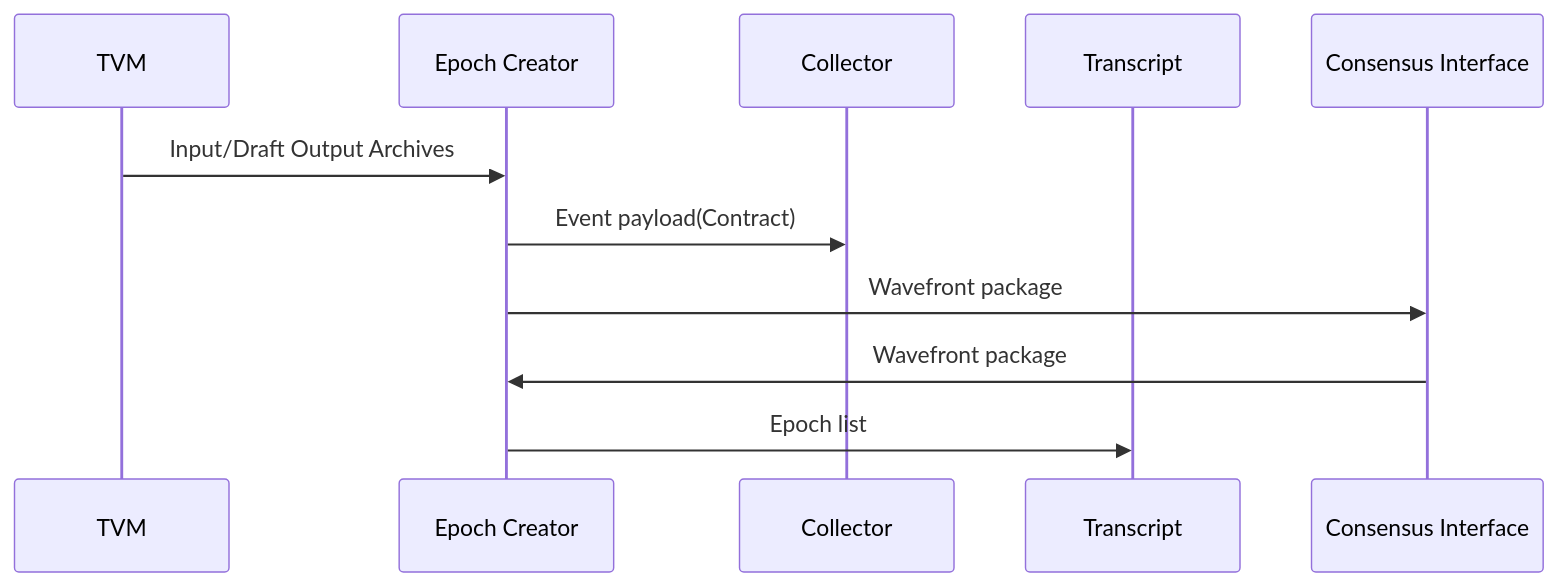
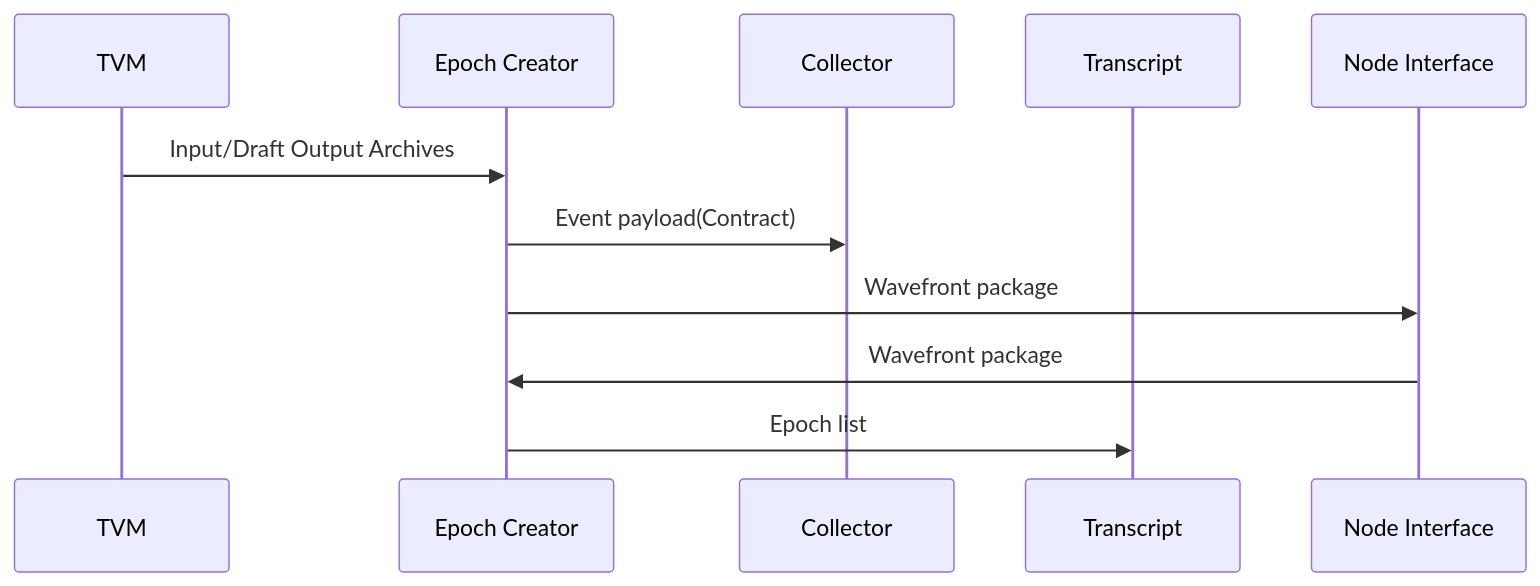
Before and after one commit to tagion/tagion: the diagram in documents/architecture/EpochCreator.md, drawn with Mermaid. The commit also changed other lines of this file, not shown here.

Commit message:
Epoch edit and new names

````diff
--- a/documents/architecture/EpochCreator.md
+++ b/documents/architecture/EpochCreator.md
@@ -18,13 +18,13 @@
 ```mermaid
 sequenceDiagram
     participant TVM 
     participant Epoch Creator 
     participant Collector
     participant Transcript
-    participant Consensus Interface
+    participant Node Interface
     TVM ->> Epoch Creator: Input/Draft Output Archives
     Epoch Creator ->> Collector: Event payload(Contract) 
-    Epoch Creator ->> Consensus Interface: Wavefront package
-    Consensus Interface ->> Epoch Creator: Wavefront package
+    Epoch Creator ->> Node Interface: Wavefront package
+    Node Interface ->> Epoch Creator: Wavefront package
     Epoch Creator ->> Transcript: Epoch list
 ```
````
